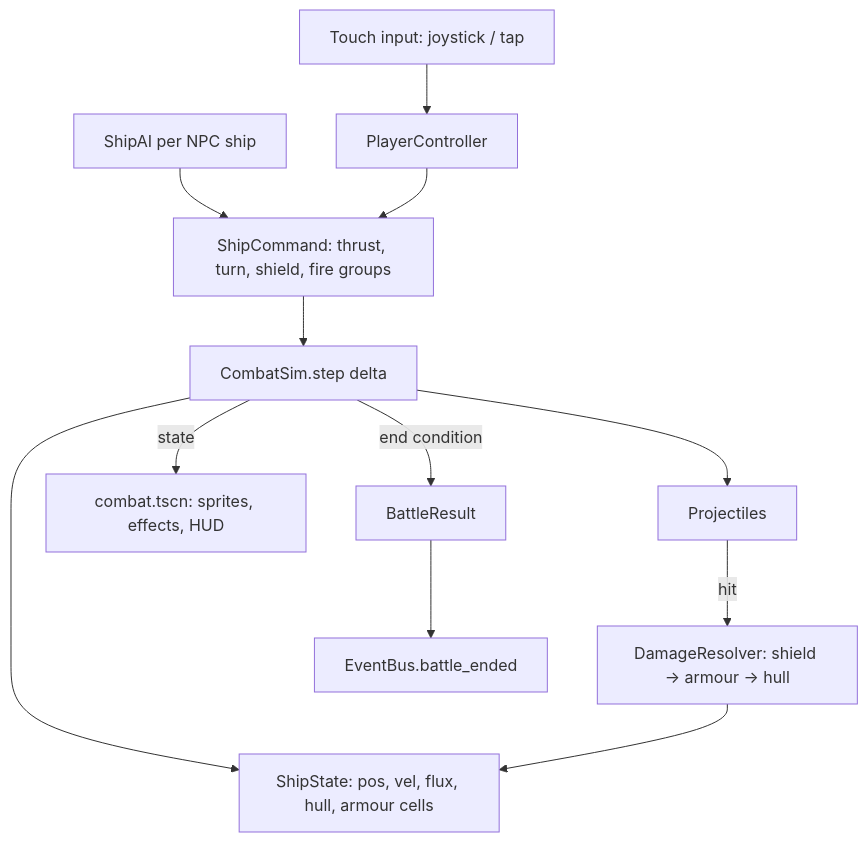
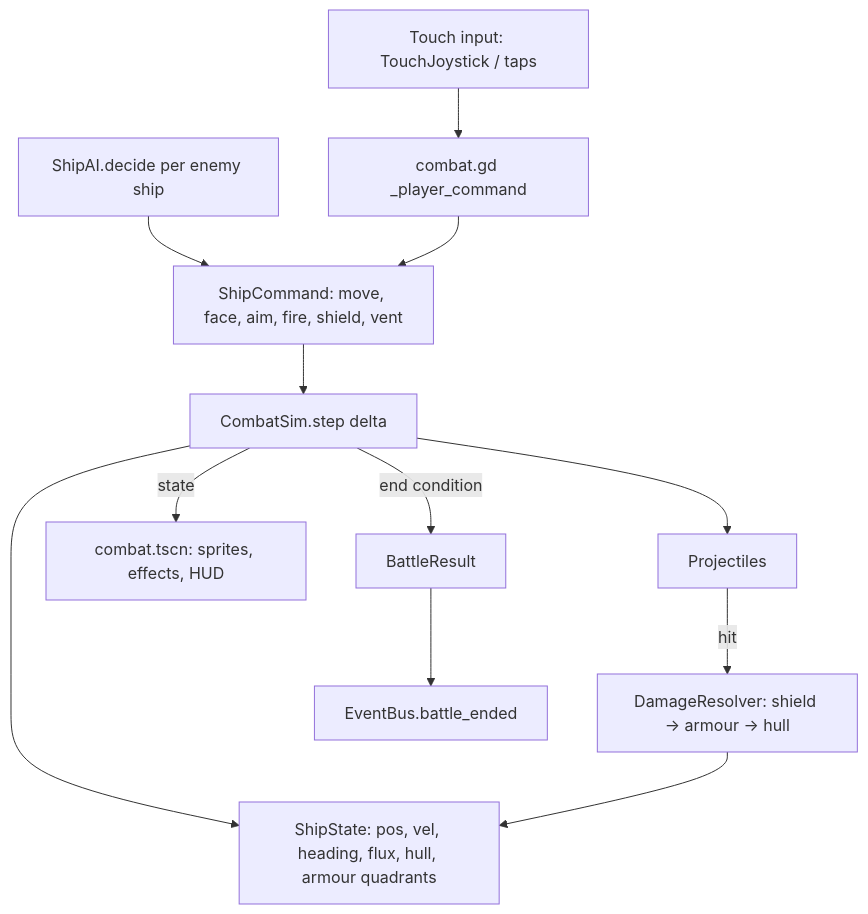
The fourth of 4 diagrams in docs/ARCHITECTURE.md (carlot78/star-navigator), drawn with Mermaid before and after one commit. The commit also changed other lines of this file and 69 other files, not shown here.

First line of the commit message:
M2: combat core — 1-vs-1 battle with flux, shields, armour, AI and touch controls

````diff
--- a/docs/ARCHITECTURE.md
+++ b/docs/ARCHITECTURE.md
@@ -196,13 +200,13 @@
 ```mermaid
 flowchart TD
-    Input[Touch input: joystick / tap] --> PC[PlayerController]
-    AI[ShipAI per NPC ship] --> Cmd
-    PC --> Cmd[ShipCommand: thrust, turn, shield, fire groups]
+    Input[Touch input: TouchJoystick / taps] --> PC[combat.gd _player_command]
+    AI[ShipAI.decide per enemy ship] --> Cmd
+    PC --> Cmd[ShipCommand: move, face, aim, fire, shield, vent]
     Cmd --> Sim[CombatSim.step delta]
-    Sim --> Ships[ShipState: pos, vel, flux, hull, armour cells]
+    Sim --> Ships[ShipState: pos, vel, heading, flux, hull, armour quadrants]
     Sim --> Proj[Projectiles]
     Proj -->|hit| Dmg[DamageResolver: shield → armour → hull]
     Dmg --> Ships
     Sim -->|state| View[combat.tscn: sprites, effects, HUD]
     Sim -->|end condition| Result[BattleResult] --> EB[EventBus.battle_ended]
 ```
````
